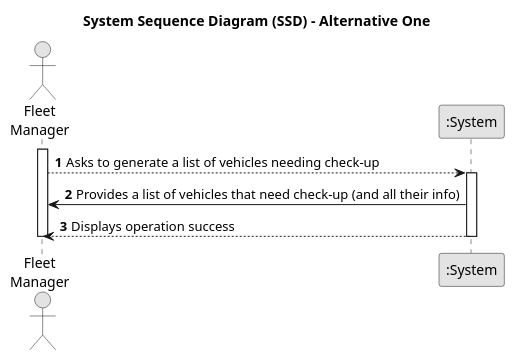
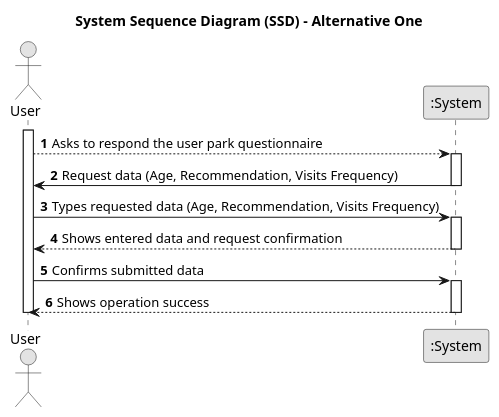
The diagram in docs/sprintB/us011/01.requirements-engineering/puml/us011-system-sequence-diagram-alternative-one.puml (SAEmanuel/Green_Spaces_Management_ISEP), drawn with PlantUML before and after one commit. The commit also changed 2 other files, not shown here.

```diff
--- a/docs/sprintB/us011/01.requirements-engineering/puml/us011-system-sequence-diagram-alternative-one.puml
+++ b/docs/sprintB/us011/01.requirements-engineering/puml/us011-system-sequence-diagram-alternative-one.puml
@@ -1,23 +1,33 @@
 @startuml
 skinparam monochrome true
 skinparam packageStyle rectangle
 skinparam shadowing false
 
 title System Sequence Diagram (SSD) - Alternative One
 
 autonumber
 
-actor "Fleet\nManager" as FM
+actor "User" as User
 participant ":System" as System
 
-        activate FM
+        activate User
 
-        FM --> System: Asks to generate a list of vehicles needing check-up
+        User --> System: Asks to respond the user park questionnaire
         activate System
 
-        System -> FM : Provides a list of vehicles that need check-up (and all their info)
-        System --> FM : Displays operation success
+        System -> User : Request data (Age, Recommendation, Visits Frequency)
+        deactivate System
+        User -> System : Types requested data (Age, Recommendation, Visits Frequency)
 
+        activate System
+
+        System --> User : Shows entered data and request confirmation
         deactivate System
-        deactivate FM
+
+        User -> System : Confirms submitted data
+        activate System
+
+        System --> User : Shows operation success
+        deactivate System
+        deactivate User
 @enduml
```
